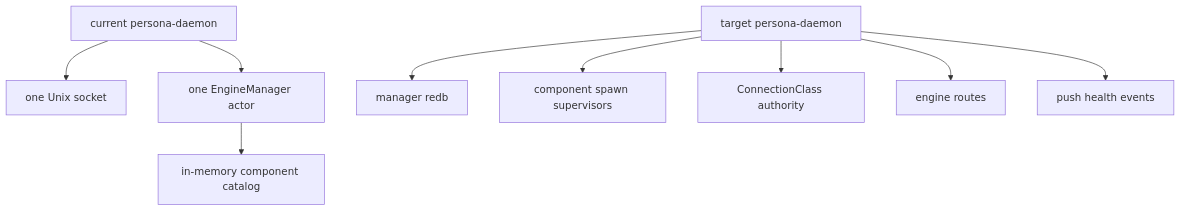
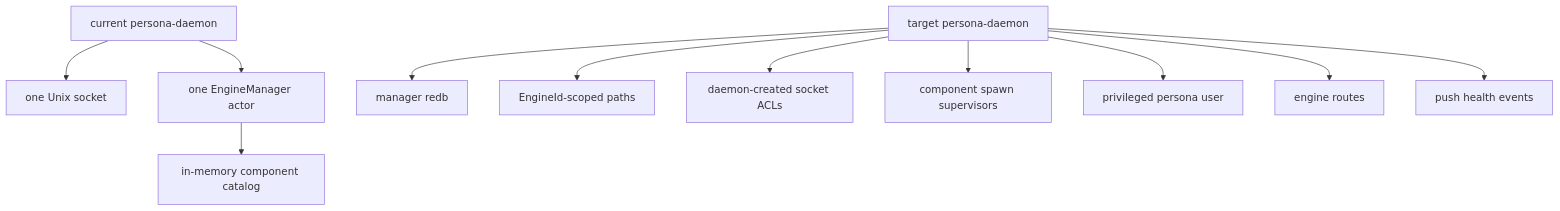
One commit to LiGoldragon/primary changed the second of 3 diagrams in reports/operator/111-persona-daemon-implementation-review.md. Above: the diagram before and after it, drawn with Mermaid. The commit also changed other lines of this file, not shown here.

Commit message:
update persona daemon report for channel model

````diff
--- a/reports/operator/111-persona-daemon-implementation-review.md
+++ b/reports/operator/111-persona-daemon-implementation-review.md
@@ -72,24 +80,28 @@
 ```mermaid
 flowchart TB
     current_daemon["current persona-daemon"]
     current_socket["one Unix socket"]
     current_manager["one EngineManager actor"]
     current_memory["in-memory component catalog"]
 
     target_daemon["target persona-daemon"]
     target_catalog["manager redb"]
+    target_paths["EngineId-scoped paths"]
+    target_acl["daemon-created socket ACLs"]
     target_spawn["component spawn supervisors"]
-    target_auth["ConnectionClass authority"]
+    target_user["privileged persona user"]
     target_routes["engine routes"]
     target_health["push health events"]
 
     current_daemon --> current_socket
     current_daemon --> current_manager
     current_manager --> current_memory
 
     target_daemon --> target_catalog
+    target_daemon --> target_paths
+    target_daemon --> target_acl
     target_daemon --> target_spawn
-    target_daemon --> target_auth
+    target_daemon --> target_user
     target_daemon --> target_routes
     target_daemon --> target_health
 ```
````
